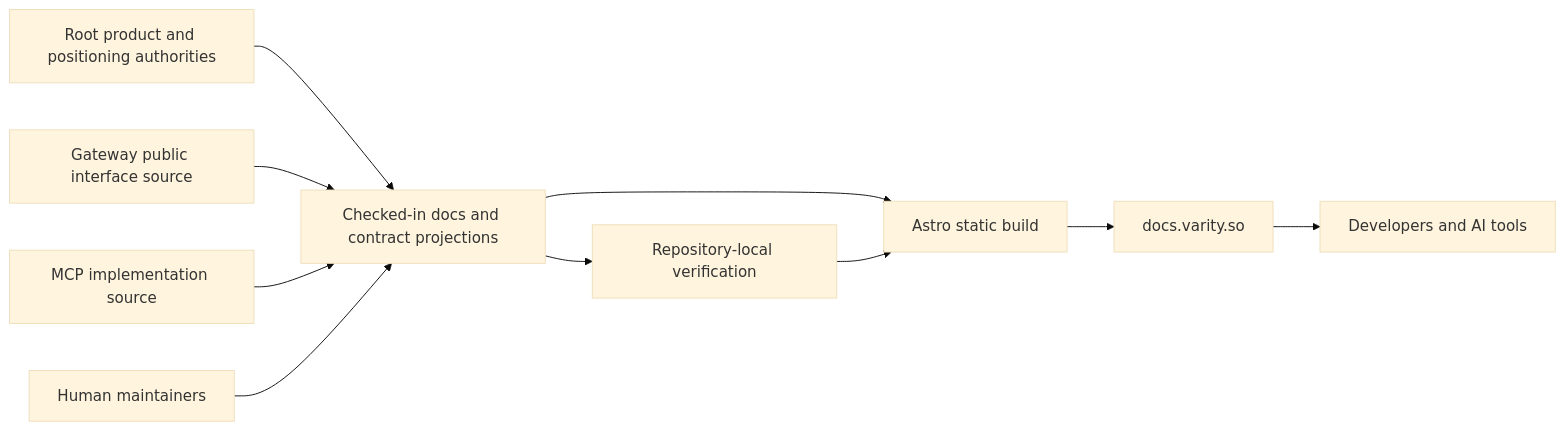
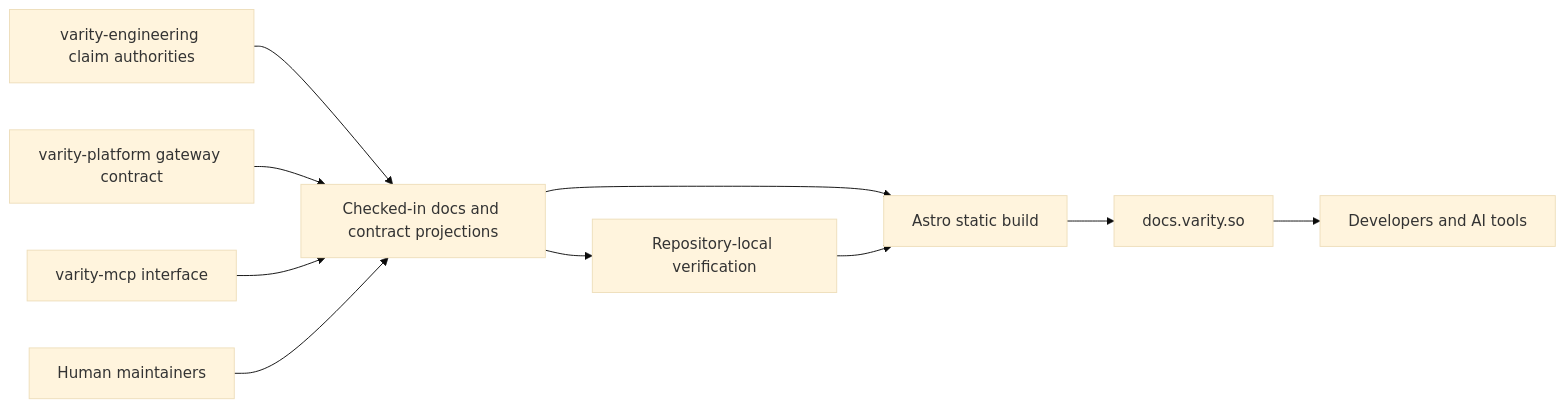
The diagram in ARCHITECTURE.md (varity-labs/varity-docs), drawn with Mermaid (base theme) before and after one commit. The commit also changed other lines of this file and 2 other files, not shown here.

Commit message:
docs(architecture): route documentation truth through workspace v2

````diff
--- a/ARCHITECTURE.md
+++ b/ARCHITECTURE.md
@@ -31,22 +28,22 @@
 ```mermaid
 flowchart LR
-  A[Root product and positioning authorities]
-  B[Gateway public interface source]
-  C[MCP implementation source]
+  A[varity-engineering claim authorities]
+  B[varity-platform gateway contract]
+  C[varity-mcp interface]
   H[Human maintainers]
   D[Checked-in docs and contract projections]
   V[Repository-local verification]
   S[Astro static build]
   P[docs.varity.so]
   U[Developers and AI tools]
 
   A --> D
   B --> D
   C --> D
   H --> D
   D --> V
   D --> S
   V --> S
   S --> P
   P --> U
 ```
````
